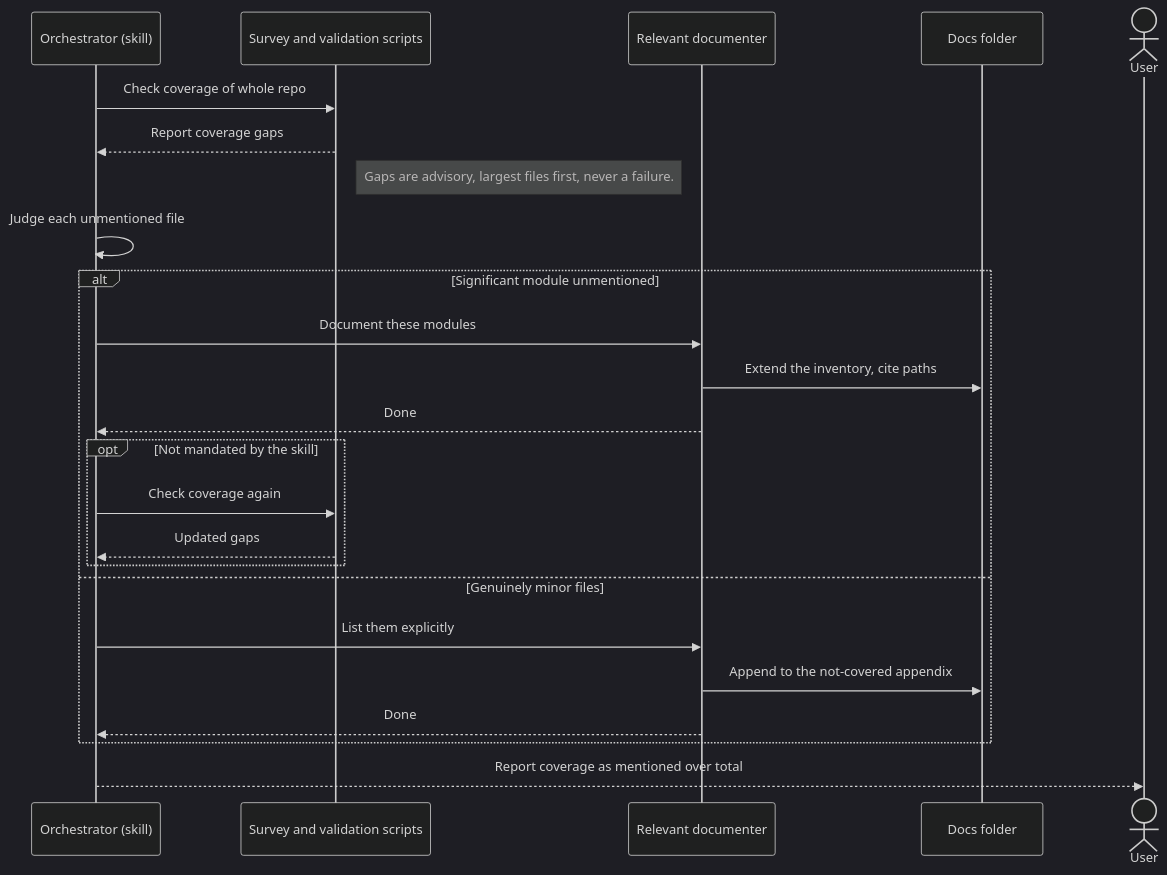
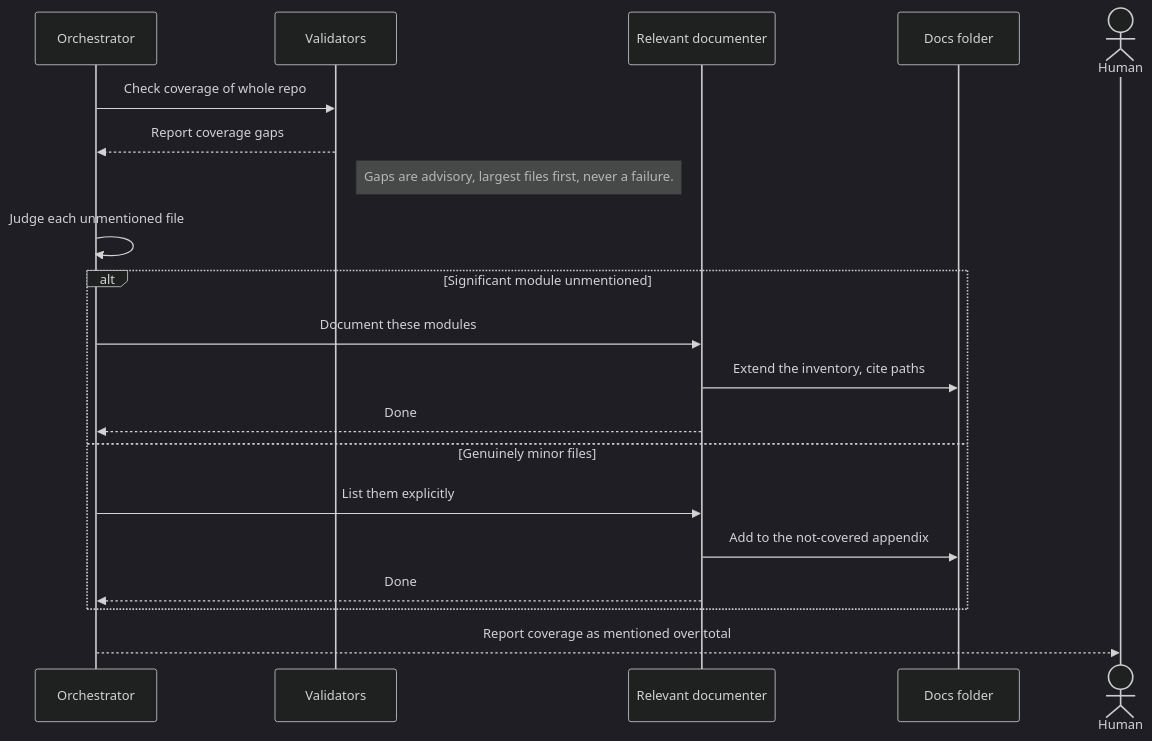
The tenth of 16 diagrams in docs/architecture/arch-docs-tools.md (peterlit/quiller-claude-plugins), drawn with Mermaid (dark theme) before and after one commit. The commit also changed other lines of this file and 5 other files, not shown here.

````diff
--- a/docs/architecture/arch-docs-tools.md
+++ b/docs/architecture/arch-docs-tools.md
@@ -470,27 +808,23 @@
 ```mermaid
 sequenceDiagram
-  participant Orch as Orchestrator (skill)
-  participant Scripts as Survey and validation scripts
+  participant Orch as Orchestrator
+  participant Val as Validators
   participant Agent as Relevant documenter
   participant Docs as Docs folder
-  actor User
+  actor Human
 
-  Orch->>Scripts: Check coverage of whole repo
-  Scripts-->>Orch: Report coverage gaps
-  Note right of Scripts: Gaps are advisory, largest files first, never a failure.
+  Orch->>Val: Check coverage of whole repo
+  Val-->>Orch: Report coverage gaps
+  Note right of Val: Gaps are advisory, largest files first, never a failure.
   Orch->>Orch: Judge each unmentioned file
   alt Significant module unmentioned
     Orch->>Agent: Document these modules
     Agent->>Docs: Extend the inventory, cite paths
     Agent-->>Orch: Done
-    opt Not mandated by the skill
-      Orch->>Scripts: Check coverage again
-      Scripts-->>Orch: Updated gaps
-    end
   else Genuinely minor files
     Orch->>Agent: List them explicitly
-    Agent->>Docs: Append to the not-covered appendix
+    Agent->>Docs: Add to the not-covered appendix
     Agent-->>Orch: Done
   end
-  Orch-->>User: Report coverage as mentioned over total
+  Orch-->>Human: Report coverage as mentioned over total
 ```
````
